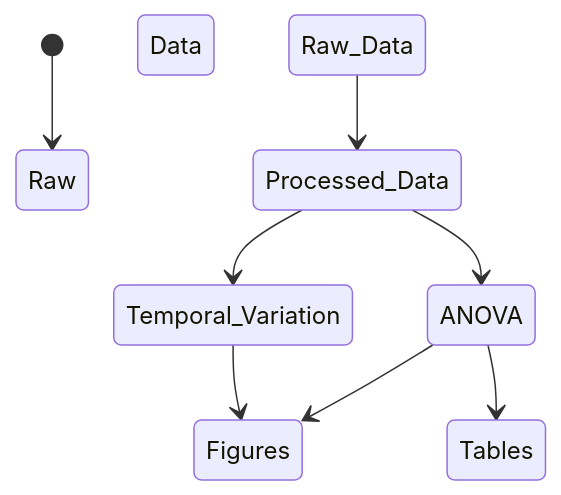
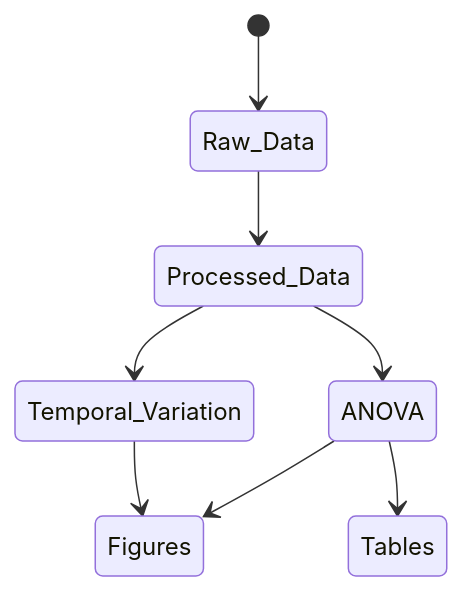
One commit to JacobRPrice/Stroud_Preserve changed the diagram in README.Rmd. Above: the diagram before and after it, drawn with Mermaid. The commit also changed 1 other file, not shown here.

Commit message:
readme state diagram: further fixes

````diff
--- a/README.Rmd
+++ b/README.Rmd
@@ -24,10 +24,10 @@
 ```mermaid
 stateDiagram-v2
-[*] --> Raw Data
+[*] --> Raw_Data
 Raw_Data --> Processed_Data
 Processed_Data --> Temporal_Variation
 Temporal_Variation --> Figures
 Processed_Data --> ANOVA
 ANOVA --> Figures
 ANOVA --> Tables
 ```
````
